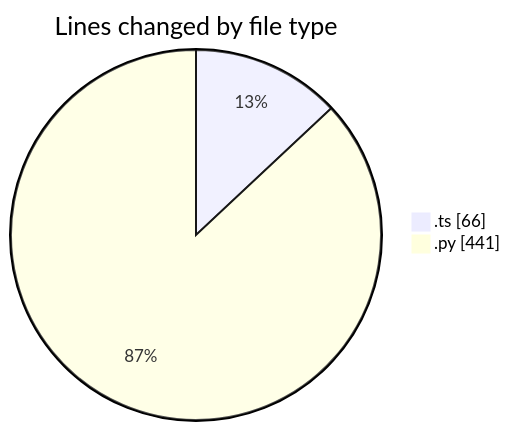
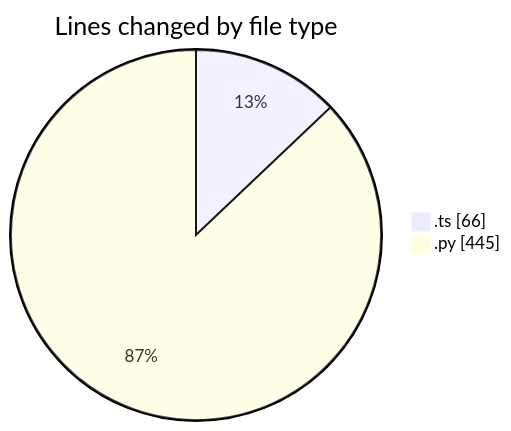
One commit to Elitesun/code-tracking changed the first of 2 diagrams in 2025-05-19/niten/README.md. Above: the diagram before and after it, drawn with Mermaid. The commit also changed other lines of this file and 1 other file, not shown here.

````diff
--- a/2025-05-19/niten/README.md
+++ b/2025-05-19/niten/README.md
@@ -24,6 +24,6 @@
 ```mermaid
 pie showData
 title Lines changed by file type
 ".ts" : 66
-".py" : 441
+".py" : 445
 ```
````
